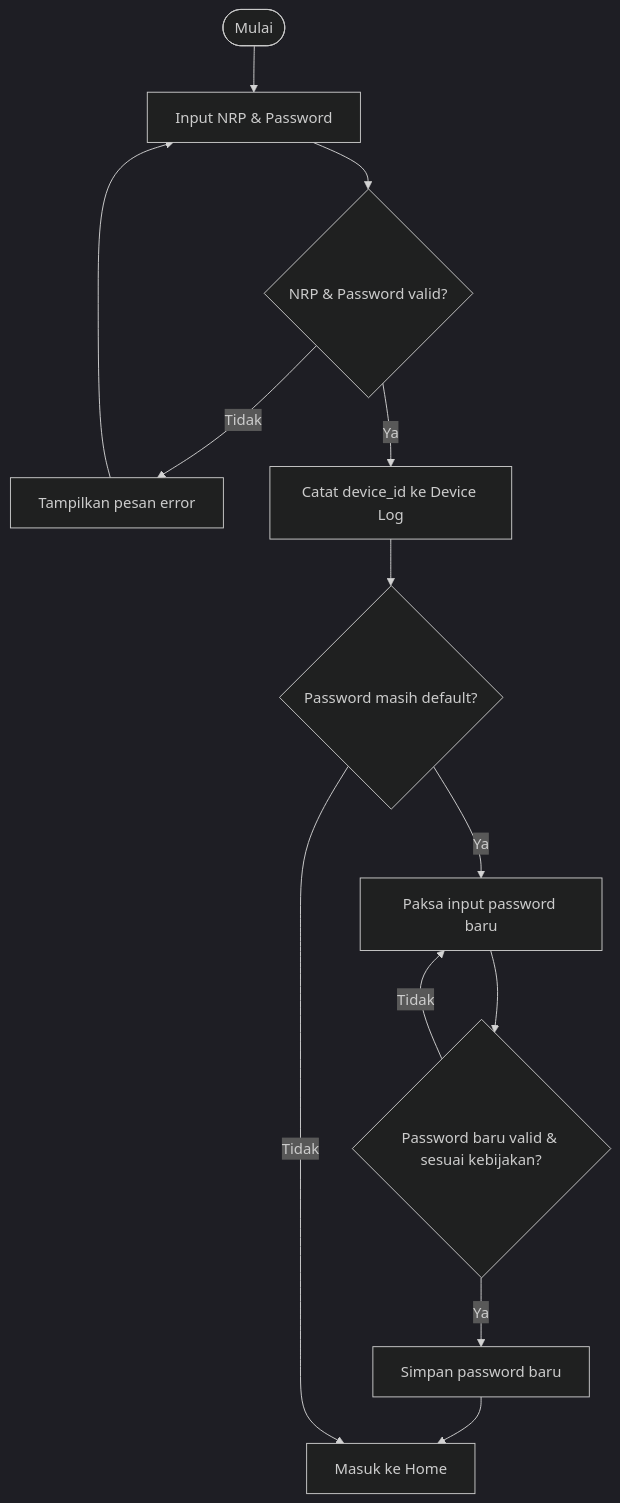
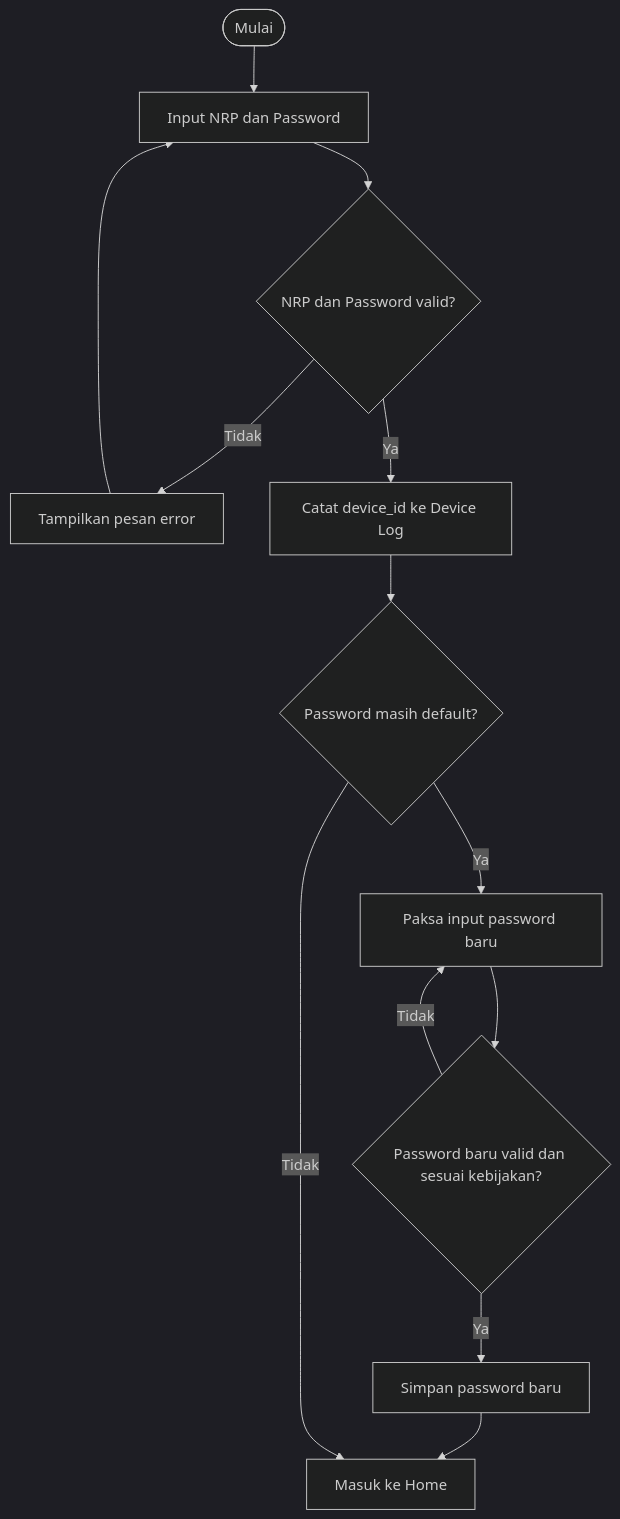
One commit to IntellQueue/Mockup-UI-UX-NAYAKA changed the second of 10 diagrams in README.md. Above: the diagram before and after it, drawn with Mermaid (dark theme). The commit also changed other lines of this file, not shown here.

Commit message:
update readme dengan flowchart update

````diff
--- a/README.md
+++ b/README.md
@@ -147,15 +147,15 @@
 ```mermaid
 graph TD
-    Start([Mulai]) --> Input["Input NRP & Password"]
-    Input --> Valid{"NRP & Password valid?"}
+    Start([Mulai]) --> Input["Input NRP dan Password"]
+    Input --> Valid{"NRP dan Password valid?"}
     Valid -- Tidak --> Err["Tampilkan pesan error"]
     Err --> Input
     Valid -- Ya --> LogDevice["Catat device_id ke Device Log"]
     LogDevice --> Default{"Password masih default?"}
     Default -- Ya --> ForceInput["Paksa input password baru"]
-    ForceInput --> Policy{"Password baru valid & sesuai kebijakan?"}
+    ForceInput --> Policy{"Password baru valid dan sesuai kebijakan?"}
     Policy -- Tidak --> ForceInput
     Policy -- Ya --> Save["Simpan password baru"]
     Save --> Home["Masuk ke Home"]
     Default -- Tidak --> Home
 ```
````
